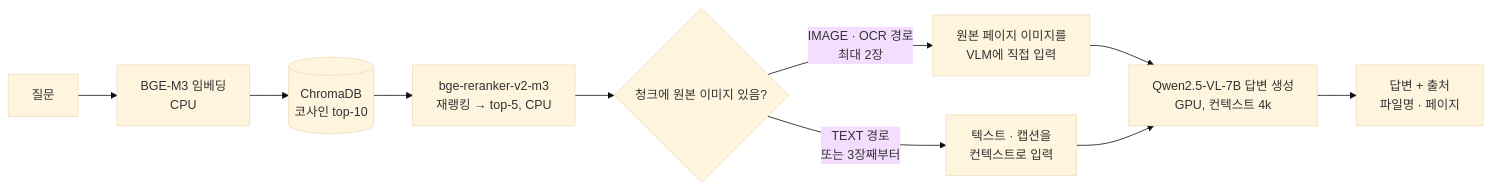
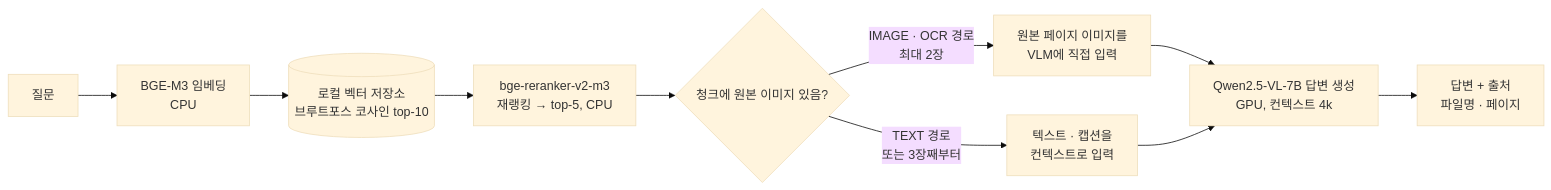
One commit to gkstn0657-ship-it/multimodal-rag changed the second of 2 diagrams in docs/worklog.md. Above: the diagram before and after it, drawn with Mermaid (base theme). The commit also changed other lines of this file, not shown here.

Commit message:
docs: 작업 기록에 임베딩 속도 개선과 벡터 저장소 교체 반영

````diff
--- a/docs/worklog.md
+++ b/docs/worklog.md
@@ -79,12 +80,12 @@
 ```mermaid
 flowchart LR
     Q[질문] --> QE[BGE-M3 임베딩<br/>CPU]
-    QE --> V[(ChromaDB<br/>코사인 top-10)]
+    QE --> V[(로컬 벡터 저장소<br/>브루트포스 코사인 top-10)]
     V --> R[bge-reranker-v2-m3<br/>재랭킹 → top-5, CPU]
     R --> D{청크에 원본 이미지 있음?}
     D -->|IMAGE · OCR 경로<br/>최대 2장| IMG[원본 페이지 이미지를<br/>VLM에 직접 입력]
     D -->|TEXT 경로<br/>또는 3장째부터| TXT[텍스트 · 캡션을<br/>컨텍스트로 입력]
     IMG --> G[Qwen2.5-VL-7B 답변 생성<br/>GPU, 컨텍스트 4k]
     TXT --> G
     G --> ANS[답변 + 출처<br/>파일명 · 페이지]
 ```
````
